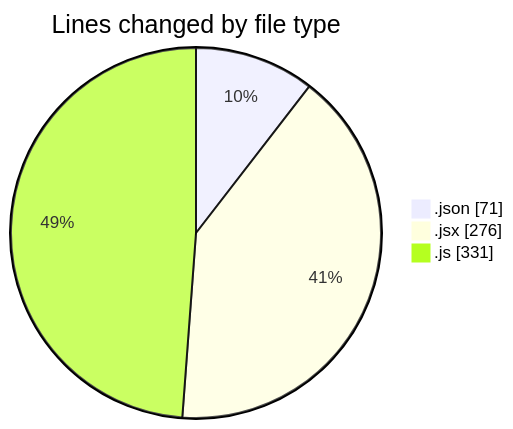
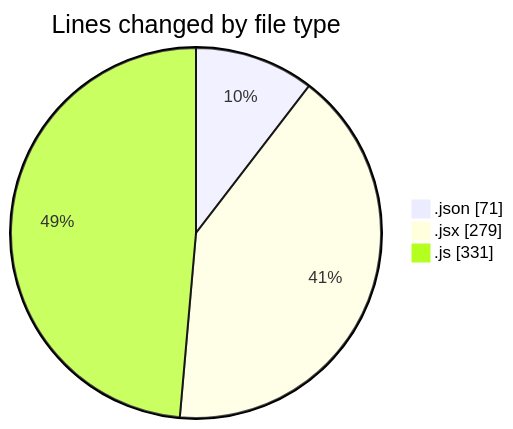
One commit to momahboobian/code-tracking changed the first of 2 diagrams in 2026-03-02/cda/README.md. Above: the diagram before and after it, drawn with Mermaid. The commit also changed other lines of this file and 1 other file, not shown here.

````diff
--- a/2026-03-02/cda/README.md
+++ b/2026-03-02/cda/README.md
@@ -22,7 +22,7 @@
 ```mermaid
 pie showData
 title Lines changed by file type
 ".json" : 71
-".jsx" : 276
+".jsx" : 279
 ".js" : 331
 ```
````
